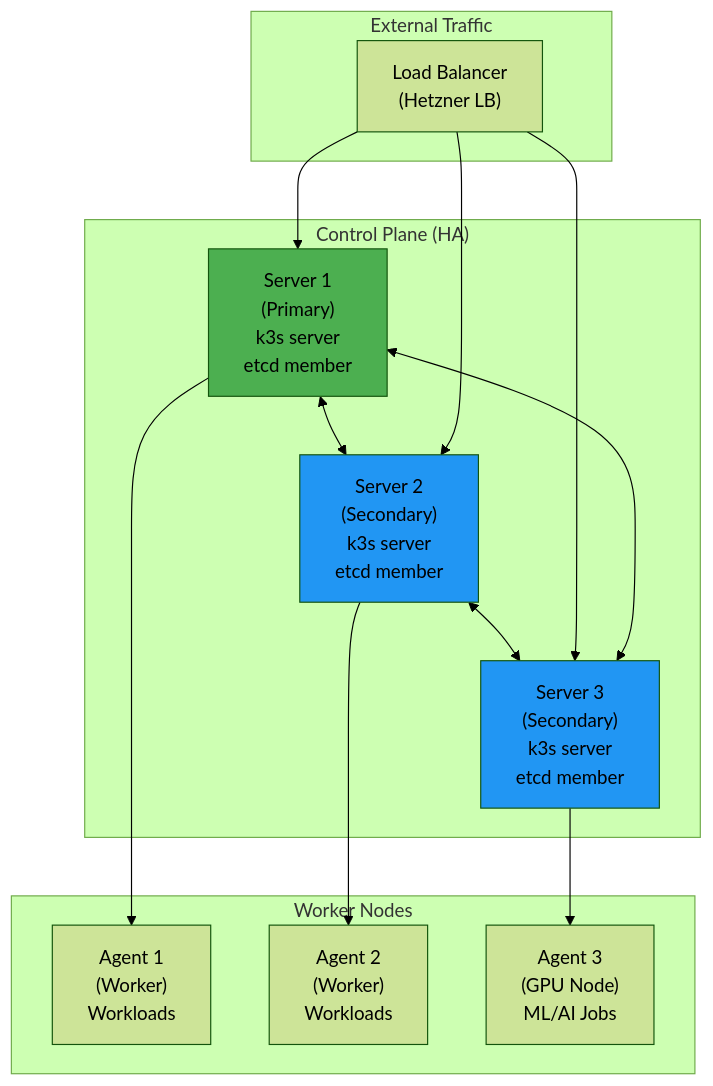
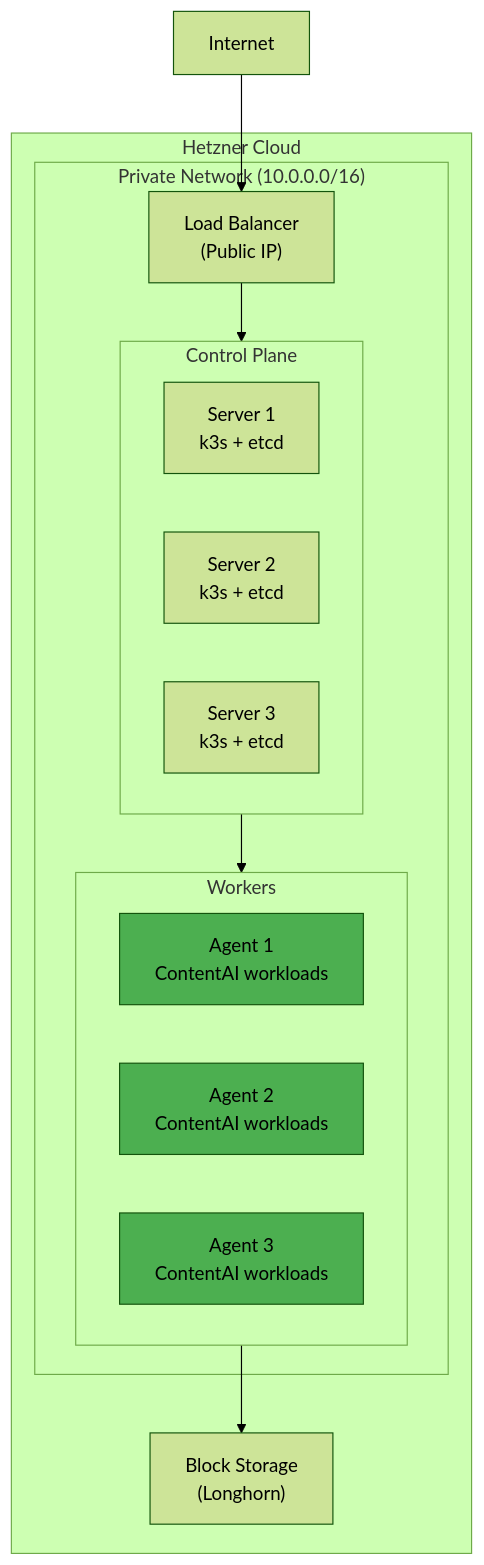
Before and after one commit to PearlThoughtsInternship/Internship-Obsidian-Vault: the third of 11 diagrams in DevOps/02-Engineering/01-Architecture.md, drawn with Mermaid (forest theme). The commit also changed other lines of this file and 1 other file, not shown here.

First line of the commit message:
Rewrite market context and architecture with ContentAI product-first narrative

````diff
--- a/DevOps/02-Engineering/01-Architecture.md
+++ b/DevOps/02-Engineering/01-Architecture.md
@@ -173,34 +114,31 @@
 ```mermaid
 flowchart TB
-    subgraph External["External Traffic"]
-        LB["Load Balancer<br/>(Hetzner LB)"]
+    subgraph Hetzner["Hetzner Cloud"]
+        subgraph Network["Private Network (10.0.0.0/16)"]
+            LB["Load Balancer<br/>(Public IP)"]
+
+            subgraph Servers["Control Plane"]
+                S1["Server 1<br/>k3s + etcd"]
+                S2["Server 2<br/>k3s + etcd"]
+                S3["Server 3<br/>k3s + etcd"]
+            end
+
+            subgraph Agents["Workers"]
+                A1["Agent 1<br/>ContentAI workloads"]
+                A2["Agent 2<br/>ContentAI workloads"]
+                A3["Agent 3<br/>ContentAI workloads"]
+            end
+        end
+
+        Storage["Block Storage<br/>(Longhorn)"]
     end
 
-    subgraph ControlPlane["Control Plane (HA)"]
-        S1["Server 1<br/>(Primary)<br/>k3s server<br/>etcd member"]
-        S2["Server 2<br/>(Secondary)<br/>k3s server<br/>etcd member"]
-        S3["Server 3<br/>(Secondary)<br/>k3s server<br/>etcd member"]
+    Internet["Internet"] --> LB
+    LB --> Servers
+    Servers --> Agents
+    Agents --> Storage
 
-        S1 <--> S2
-        S2 <--> S3
-        S3 <--> S1
-    end
-
-    subgraph Workers["Worker Nodes"]
-        A1["Agent 1<br/>(Worker)<br/>Workloads"]
-        A2["Agent 2<br/>(Worker)<br/>Workloads"]
-        A3["Agent 3<br/>(GPU Node)<br/>ML/AI Jobs"]
-    end
-
-    LB --> S1
-    LB --> S2
-    LB --> S3
-
-    S1 --> A1
-    S2 --> A2
-    S3 --> A3
-
-    style S1 fill:#4CAF50
-    style S2 fill:#2196F3
-    style S3 fill:#2196F3
+    style A1 fill:#4CAF50
+    style A2 fill:#4CAF50
+    style A3 fill:#4CAF50
 ```
````
